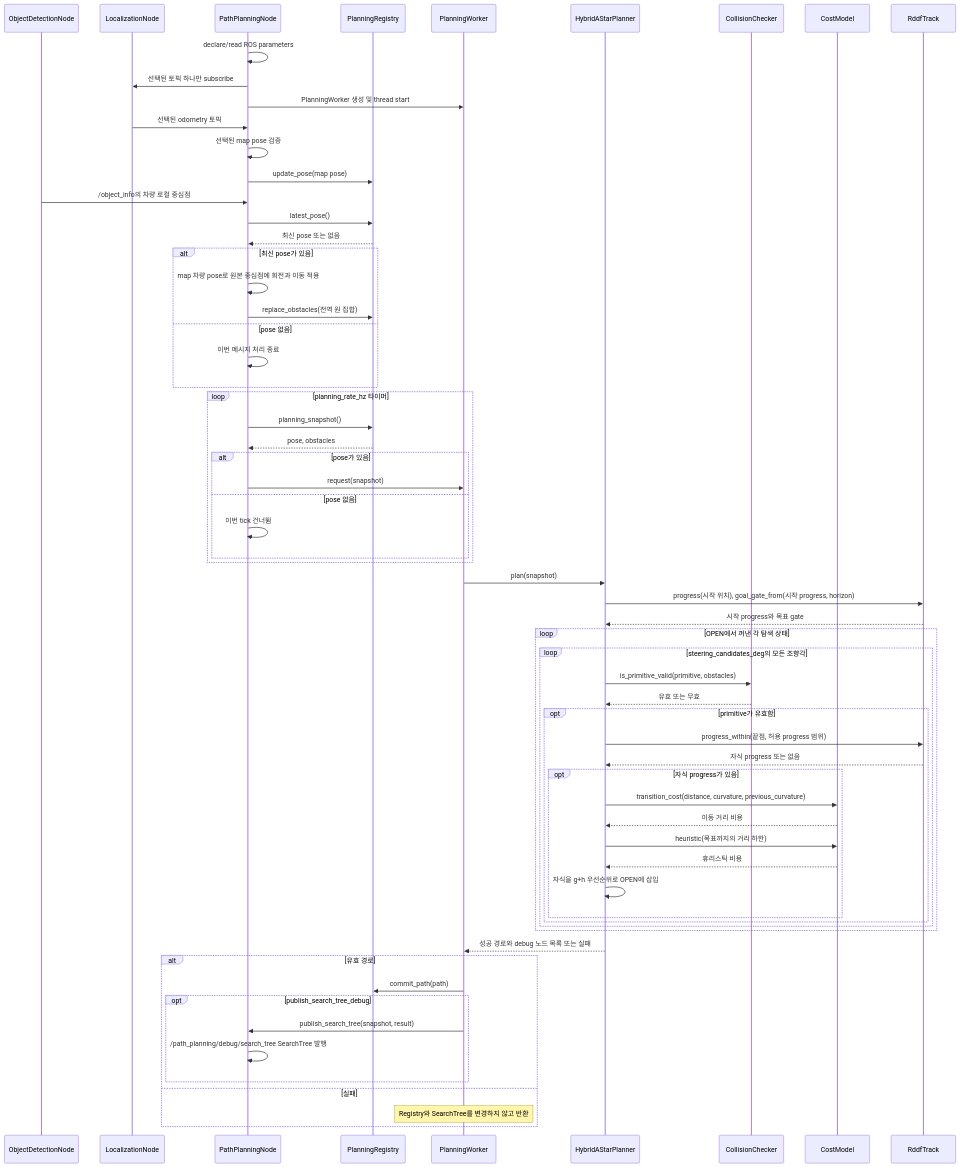
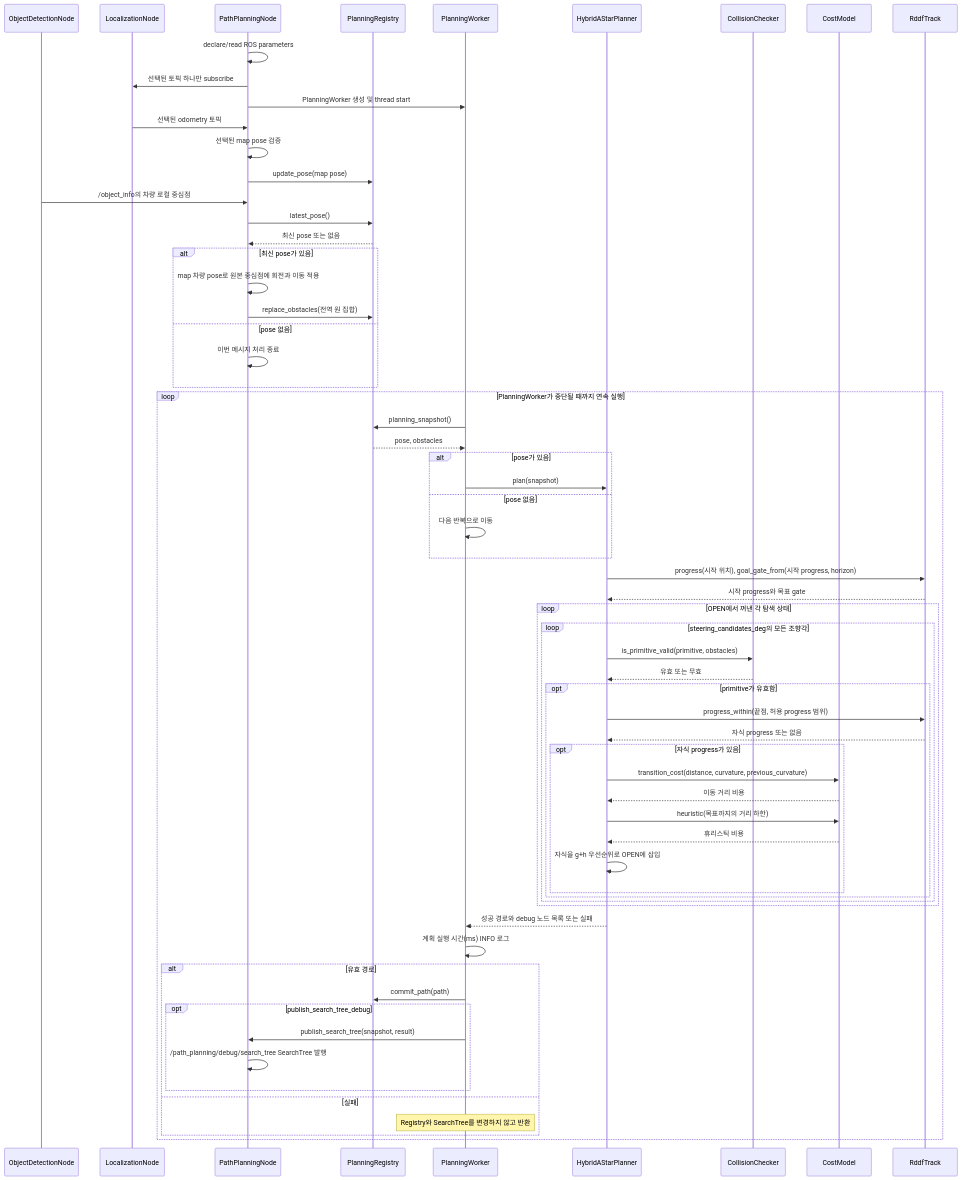
The second of 3 diagrams in src/path_planning/README.md (Team-Stier/AMET2026_coex_stier), drawn with Mermaid before and after one commit. The commit also changed other lines of this file and 5 other files, not shown here.

````diff
--- a/src/path_planning/README.md
+++ b/src/path_planning/README.md
@@ -283,69 +279,68 @@
 ```mermaid
 sequenceDiagram
     participant OD as ObjectDetectionNode
     participant LOC as LocalizationNode
     participant N as PathPlanningNode
     participant REG as PlanningRegistry
     participant W as PlanningWorker
     participant HA as HybridAStarPlanner
     participant CC as CollisionChecker
     participant CM as CostModel
     participant RT as RddfTrack
 
     N->>N: declare/read ROS parameters
     N->>LOC: 선택된 토픽 하나만 subscribe
     N->>W: PlanningWorker 생성 및 thread start
     LOC->>N: 선택된 odometry 토픽
     N->>N: 선택된 map pose 검증
     N->>REG: update_pose(map pose)
     OD->>N: /object_info의 차량 로컬 중심점
     N->>REG: latest_pose()
     REG-->>N: 최신 pose 또는 없음
     alt 최신 pose가 있음
         N->>N: map 차량 pose로 원본 중심점에 회전과 이동 적용
         N->>REG: replace_obstacles(전역 원 집합)
     else pose 없음
         N->>N: 이번 메시지 처리 종료
     end
 
-    loop planning_rate_hz 타이머
-        N->>REG: planning_snapshot()
-        REG-->>N: pose, obstacles
+    loop PlanningWorker가 중단될 때까지 연속 실행
+        W->>REG: planning_snapshot()
+        REG-->>W: pose, obstacles
         alt pose가 있음
-            N->>W: request(snapshot)
+            W->>HA: plan(snapshot)
         else pose 없음
-            N->>N: 이번 tick 건너뜀
+            W->>W: 다음 반복으로 이동
         end
-    end
-
-    W->>HA: plan(snapshot)
     HA->>RT: progress(시작 위치), goal_gate_from(시작 progress, horizon)
     RT-->>HA: 시작 progress와 목표 gate
     loop OPEN에서 꺼낸 각 탐색 상태
         loop steering_candidates_deg의 모든 조향각
             HA->>CC: is_primitive_valid(primitive, obstacles)
             CC-->>HA: 유효 또는 무효
             opt primitive가 유효함
                 HA->>RT: progress_within(끝점, 허용 progress 범위)
                 RT-->>HA: 자식 progress 또는 없음
                 opt 자식 progress가 있음
                     HA->>CM: transition_cost(distance, curvature, previous_curvature)
                     CM-->>HA: 이동 거리 비용
                     HA->>CM: heuristic(목표까지의 거리 하한)
                     CM-->>HA: 휴리스틱 비용
                     HA->>HA: 자식을 g+h 우선순위로 OPEN에 삽입
                 end
             end
         end
     end
     HA-->>W: 성공 경로와 debug 노드 목록 또는 실패
+    W->>W: 계획 실행 시간(ms) INFO 로그
     alt 유효 경로
         W->>REG: commit_path(path)
         opt publish_search_tree_debug
             W->>N: publish_search_tree(snapshot, result)
             N->>N: /path_planning/debug/search_tree SearchTree 발행
         end
     else 실패
         Note over W: Registry와 SearchTree를 변경하지 않고 반환
     end
+    end
 ```
````
